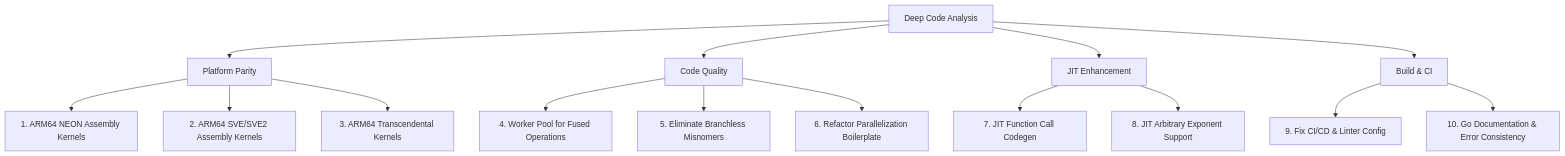
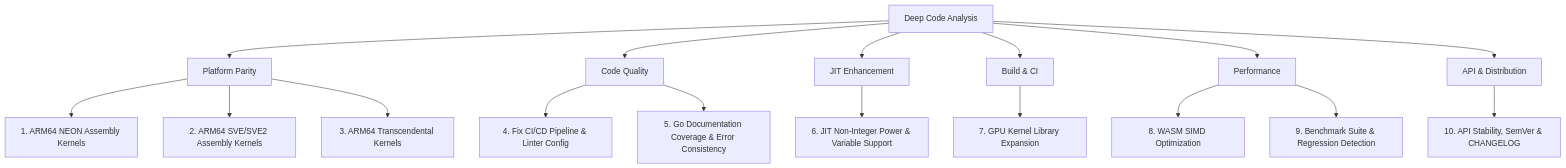
Before and after one commit to 23skdu/emlgo: the diagram in docs/nextsteps.md, drawn with Mermaid. The commit also changed other lines of this file, not shown here.

````diff
--- a/docs/nextsteps.md
+++ b/docs/nextsteps.md
@@ -9,21 +9,25 @@
 ```mermaid
 graph TD
     A[Deep Code Analysis] --> B[Platform Parity]
     A --> C[Code Quality]
     A --> D[JIT Enhancement]
     A --> E[Build & CI]
+    A --> F[Performance]
+    A --> G[API & Distribution]
     
     B --> B1[1. ARM64 NEON Assembly Kernels]
     B --> B2[2. ARM64 SVE/SVE2 Assembly Kernels]
     B --> B3[3. ARM64 Transcendental Kernels]
     
-    C --> C1[4. Worker Pool for Fused Operations]
-    C --> C2[5. Eliminate Branchless Misnomers]
-    C --> C3[6. Refactor Parallelization Boilerplate]
+    C --> C1[4. Fix CI/CD Pipeline & Linter Config]
+    C --> C2[5. Go Documentation Coverage & Error Consistency]
     
-    D --> D1[7. JIT Function Call Codegen]
-    D --> D2[8. JIT Arbitrary Exponent Support]
+    D --> D1[6. JIT Non-Integer Power & Variable Support]
     
-    E --> E1[9. Fix CI/CD & Linter Config]
-    E --> E2[10. Go Documentation & Error Consistency]
+    E --> E1[7. GPU Kernel Library Expansion]
+    
+    F --> F1[8. WASM SIMD Optimization]
+    F --> F2[9. Benchmark Suite & Regression Detection]
+    
+    G --> G1[10. API Stability, SemVer & CHANGELOG]
 ```
````
